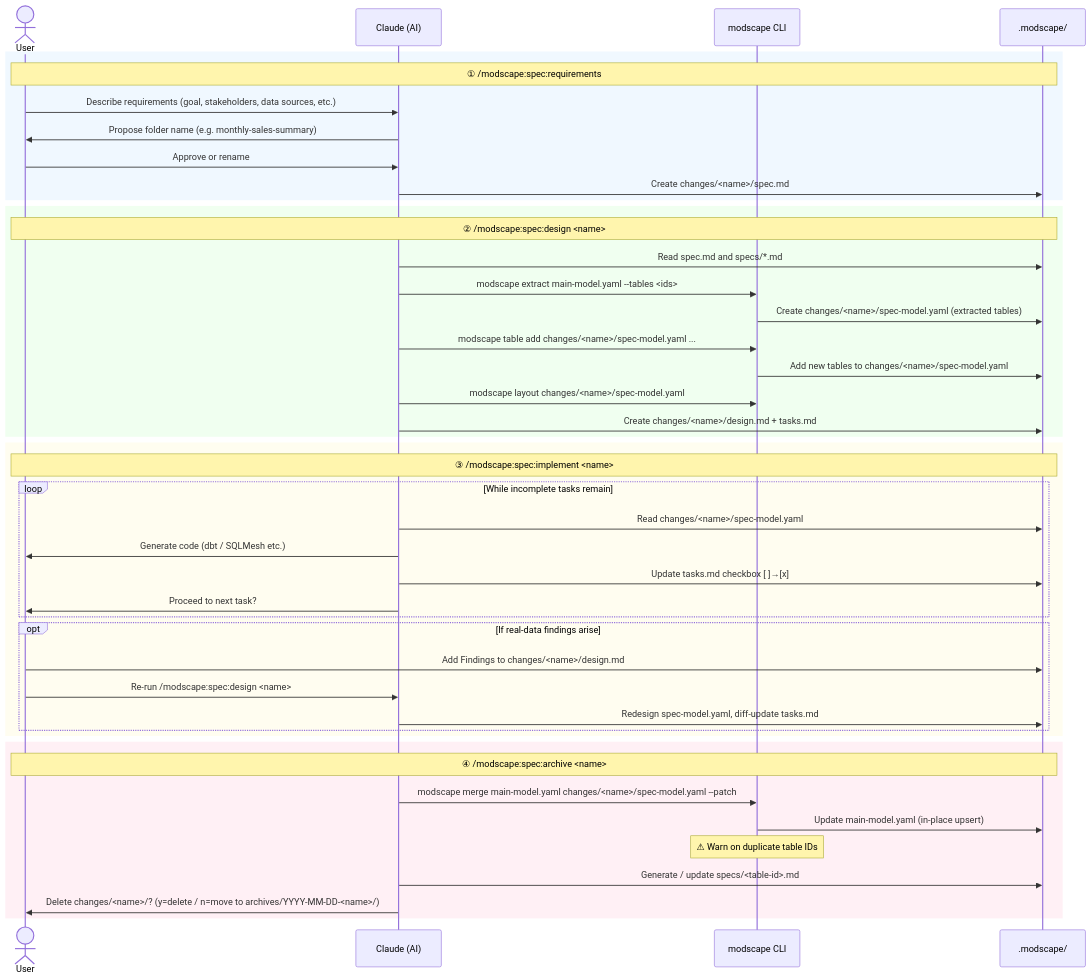
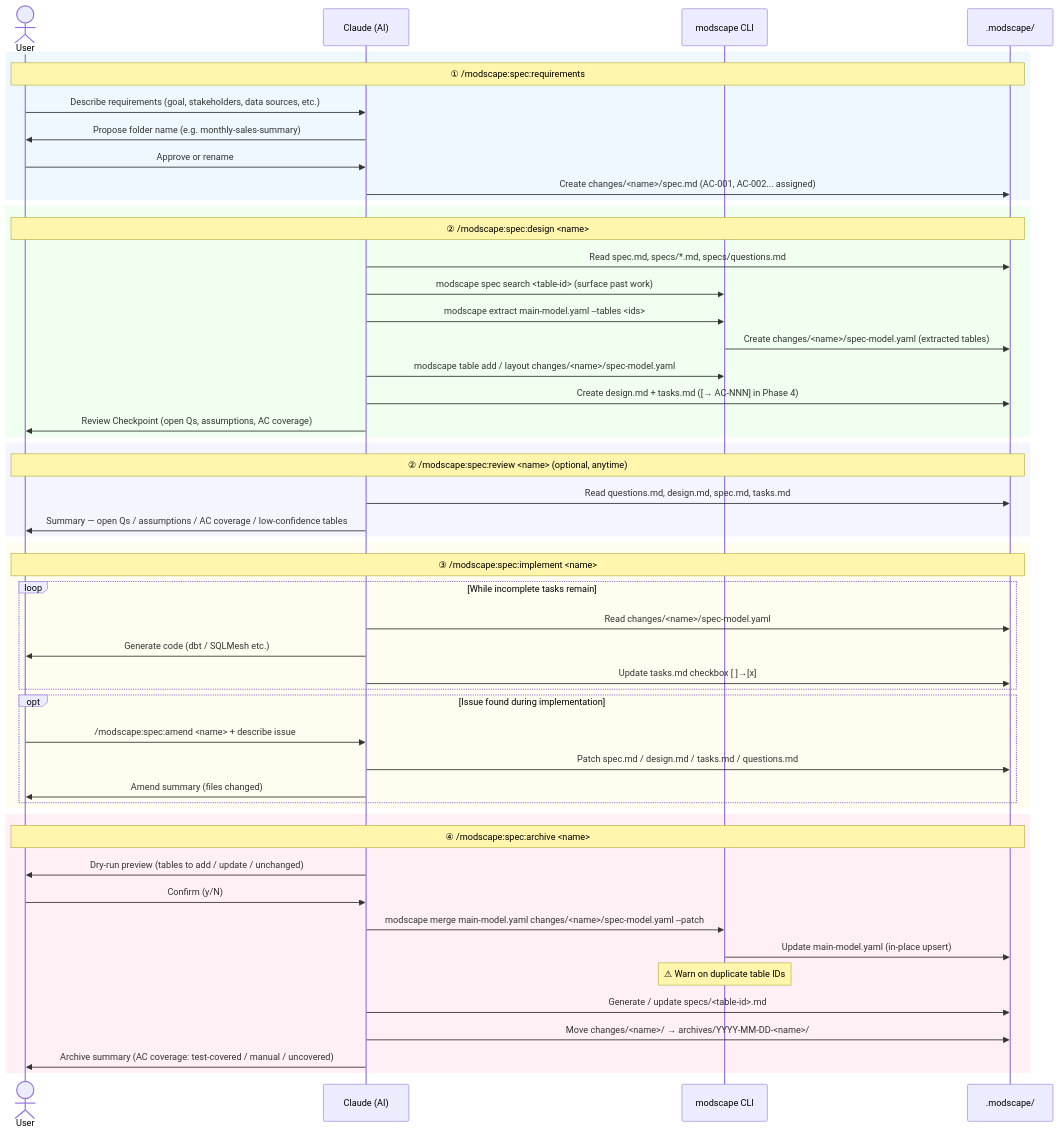
One commit to yujikawa/modscape changed the diagram in README.md. Above: the diagram before and after it, drawn with Mermaid. The commit also changed other lines of this file and 6 other files, not shown here.

````diff
--- a/README.md
+++ b/README.md
@@ -590,50 +601,58 @@
 ```mermaid
 sequenceDiagram
     actor User
     participant AI as Claude (AI)
     participant CLI as modscape CLI
     participant FS as .modscape/
 
     rect rgb(240, 248, 255)
         Note over User,FS: ① /modscape:spec:requirements
         User->>AI: Describe requirements (goal, stakeholders, data sources, etc.)
         AI->>User: Propose folder name (e.g. monthly-sales-summary)
         User->>AI: Approve or rename
-        AI->>FS: Create changes/<name>/spec.md
+        AI->>FS: Create changes/<name>/spec.md (AC-001, AC-002... assigned)
     end
 
     rect rgb(240, 255, 240)
         Note over User,FS: ② /modscape:spec:design <name>
-        AI->>FS: Read spec.md and specs/*.md
+        AI->>FS: Read spec.md, specs/*.md, specs/questions.md
+        AI->>CLI: modscape spec search <table-id> (surface past work)
         AI->>CLI: modscape extract main-model.yaml --tables <ids>
         CLI->>FS: Create changes/<name>/spec-model.yaml (extracted tables)
-        AI->>CLI: modscape table add changes/<name>/spec-model.yaml ...
-        CLI->>FS: Add new tables to changes/<name>/spec-model.yaml
-        AI->>CLI: modscape layout changes/<name>/spec-model.yaml
-        AI->>FS: Create changes/<name>/design.md + tasks.md
+        AI->>CLI: modscape table add / layout changes/<name>/spec-model.yaml
+        AI->>FS: Create design.md + tasks.md ([→ AC-NNN] in Phase 4)
+        AI->>User: Review Checkpoint (open Qs, assumptions, AC coverage)
+    end
+
+    rect rgb(245, 245, 255)
+        Note over User,FS: ② /modscape:spec:review <name> (optional, anytime)
+        AI->>FS: Read questions.md, design.md, spec.md, tasks.md
+        AI->>User: Summary — open Qs / assumptions / AC coverage / low-confidence tables
     end
 
     rect rgb(255, 253, 240)
         Note over User,FS: ③ /modscape:spec:implement <name>
         loop While incomplete tasks remain
             AI->>FS: Read changes/<name>/spec-model.yaml
             AI->>User: Generate code (dbt / SQLMesh etc.)
             AI->>FS: Update tasks.md checkbox [ ]→[x]
-            AI->>User: Proceed to next task?
         end
-        opt If real-data findings arise
-            User->>FS: Add Findings to changes/<name>/design.md
-            User->>AI: Re-run /modscape:spec:design <name>
-            AI->>FS: Redesign spec-model.yaml, diff-update tasks.md
+        opt Issue found during implementation
+            User->>AI: /modscape:spec:amend <name> + describe issue
+            AI->>FS: Patch spec.md / design.md / tasks.md / questions.md
+            AI->>User: Amend summary (files changed)
         end
     end
 
     rect rgb(255, 240, 245)
         Note over User,FS: ④ /modscape:spec:archive <name>
+        AI->>User: Dry-run preview (tables to add / update / unchanged)
+        User->>AI: Confirm (y/N)
         AI->>CLI: modscape merge main-model.yaml changes/<name>/spec-model.yaml --patch
         CLI->>FS: Update main-model.yaml (in-place upsert)
         Note over CLI: ⚠ Warn on duplicate table IDs
         AI->>FS: Generate / update specs/<table-id>.md
-        AI->>User: Delete changes/<name>/? (y=delete / n=move to archives/YYYY-MM-DD-<name>/)
+        AI->>FS: Move changes/<name>/ → archives/YYYY-MM-DD-<name>/
+        AI->>User: Archive summary (AC coverage: test-covered / manual / uncovered)
     end
 ```
````
